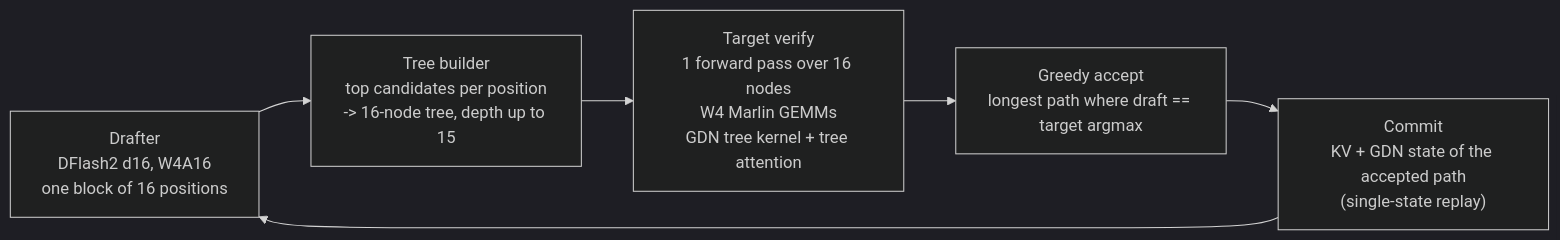
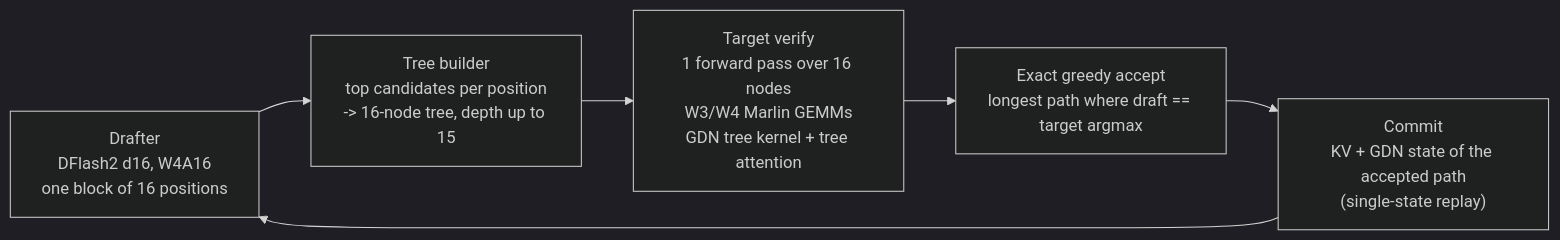
Before and after one commit to atdev-company/atdev-serve: the first of 2 diagrams in README.md, drawn with Mermaid (dark theme). The commit also changed other lines of this file and 15 other files, not shown here.

````diff
--- a/README.md
+++ b/README.md
@@ -145,8 +128,8 @@
 ```mermaid
 flowchart LR
     A["Drafter<br/>DFlash2 d16, W4A16<br/>one block of 16 positions"] --> B["Tree builder<br/>top candidates per position<br/>-> 16-node tree, depth up to 15"]
-    B --> C["Target verify<br/>1 forward pass over 16 nodes<br/>W4 Marlin GEMMs<br/>GDN tree kernel + tree attention"]
-    C --> D["Greedy accept<br/>longest path where draft == target argmax"]
+    B --> C["Target verify<br/>1 forward pass over 16 nodes<br/>W3/W4 Marlin GEMMs<br/>GDN tree kernel + tree attention"]
+    C --> D["Exact greedy accept<br/>longest path where draft == target argmax"]
     D --> E["Commit<br/>KV + GDN state of the accepted path<br/>(single-state replay)"]
     E --> A
 ```
````
